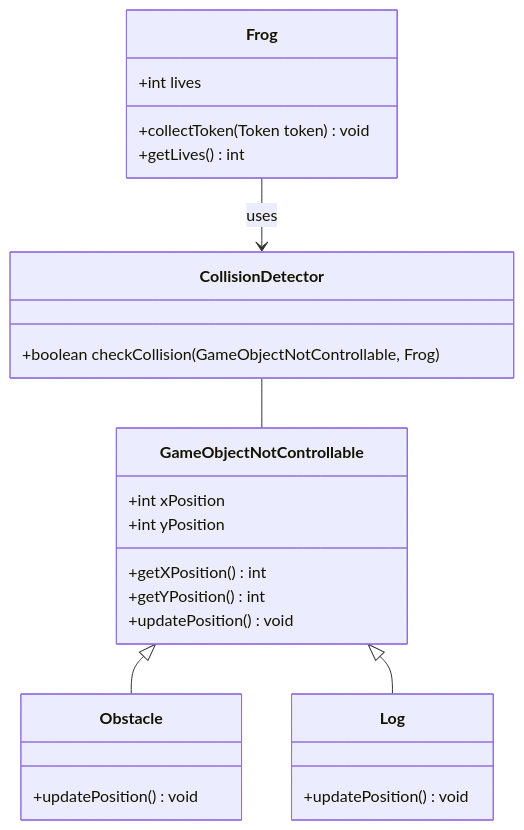
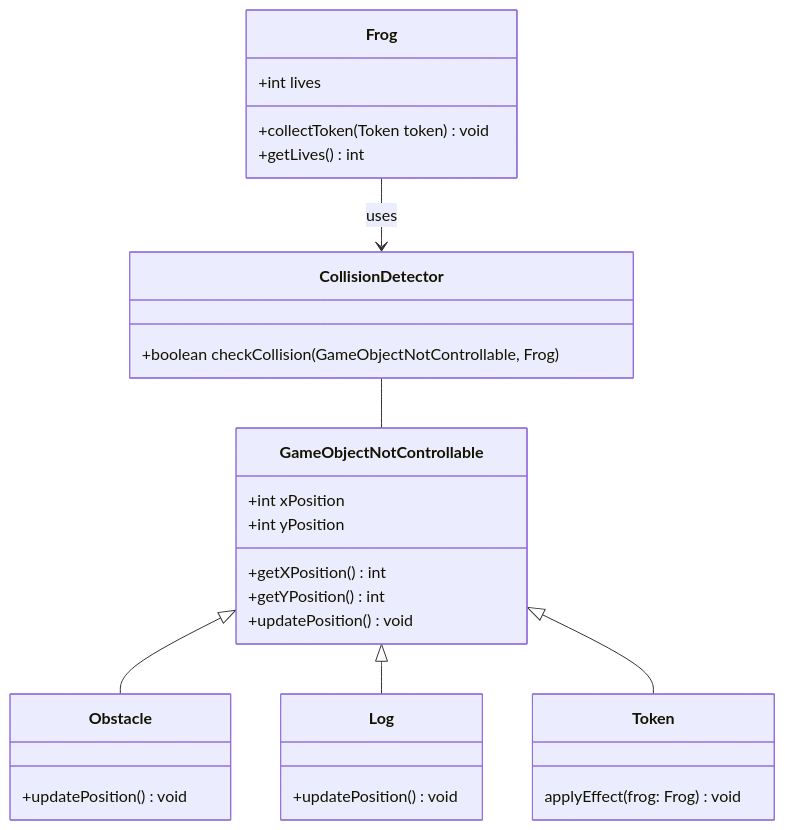
Before and after one commit to giuliavanni/frogger: the fourth of 6 diagrams in README.md, drawn with Mermaid. The commit also changed other lines of this file, not shown here.

Commit message:
UPDATE refine README content for clarity; add Game Loop and Template Method sections with problem, solution, and motivations

````diff
--- a/README.md
+++ b/README.md
@@ -237,28 +237,32 @@
 ```mermaid
 classDiagram
     class Frog {
         +int lives
         +collectToken(Token token) void
         +getLives() int
     }
     class CollisionDetector {
         +boolean checkCollision(GameObjectNotControllable, Frog)
     }
     class GameObjectNotControllable{
         +int xPosition
         +int yPosition
         +getXPosition() int
         +getYPosition() int
         +updatePosition() void
     }
     class Obstacle {
         +updatePosition() void
     }
     class Log {
         +updatePosition() void
     }
+    class Token {
+        applyEffect(frog: Frog) void
+    }
     Frog --> CollisionDetector : uses
     CollisionDetector -- GameObjectNotControllable
     GameObjectNotControllable <|-- Obstacle
     GameObjectNotControllable <|-- Log
+    GameObjectNotControllable <|-- Token
 ```
````
